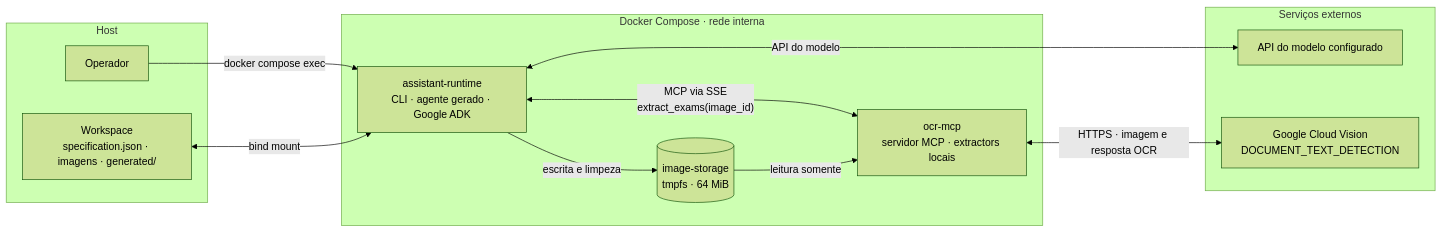
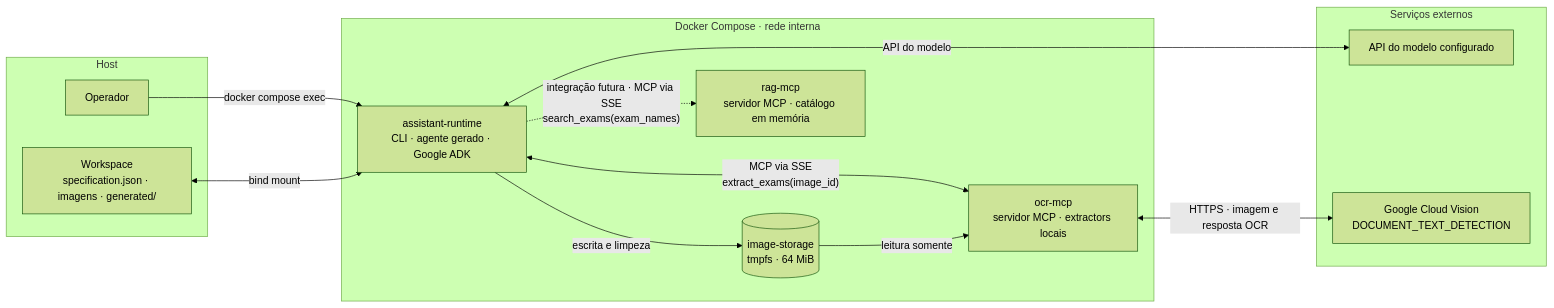
One commit to patrickadeelino/carrefour_challenge changed the diagram in docs/system-design.md. Above: the diagram before and after it, drawn with Mermaid (forest theme). The commit also changed other lines of this file and 31 other files, not shown here.

Commit message:
feat(rag): expose exam search over SSE

````diff
--- a/docs/system-design.md
+++ b/docs/system-design.md
@@ -28,26 +29,28 @@
 ```mermaid
 flowchart LR
     subgraph Host["Host"]
         Operator["Operador"]
         Workspace["Workspace<br/>specification.json · imagens · generated/"]
     end
 
     subgraph Compose["Docker Compose · rede interna"]
         Runtime["assistant-runtime<br/>CLI · agente gerado · Google ADK"]
         TempStore[("image-storage<br/>tmpfs · 64 MiB")]
         OCR["ocr-mcp<br/>servidor MCP · extractors locais"]
+        RAG["rag-mcp<br/>servidor MCP · catálogo em memória"]
     end
 
     subgraph External["Serviços externos"]
         Model["API do modelo configurado"]
         Vision["Google Cloud Vision<br/>DOCUMENT_TEXT_DETECTION"]
     end
 
     Operator -->|"docker compose exec"| Runtime
     Workspace <-->|"bind mount"| Runtime
     Runtime <-->|"API do modelo"| Model
     Runtime <-->|"MCP via SSE<br/>extract_exams(image_id)"| OCR
+    Runtime -.->|"integração futura · MCP via SSE<br/>search_exams(exam_names)"| RAG
     Runtime -->|"escrita e limpeza"| TempStore
     TempStore -->|"leitura somente"| OCR
     OCR <-->|"HTTPS · imagem e resposta OCR"| Vision
 ```
````
